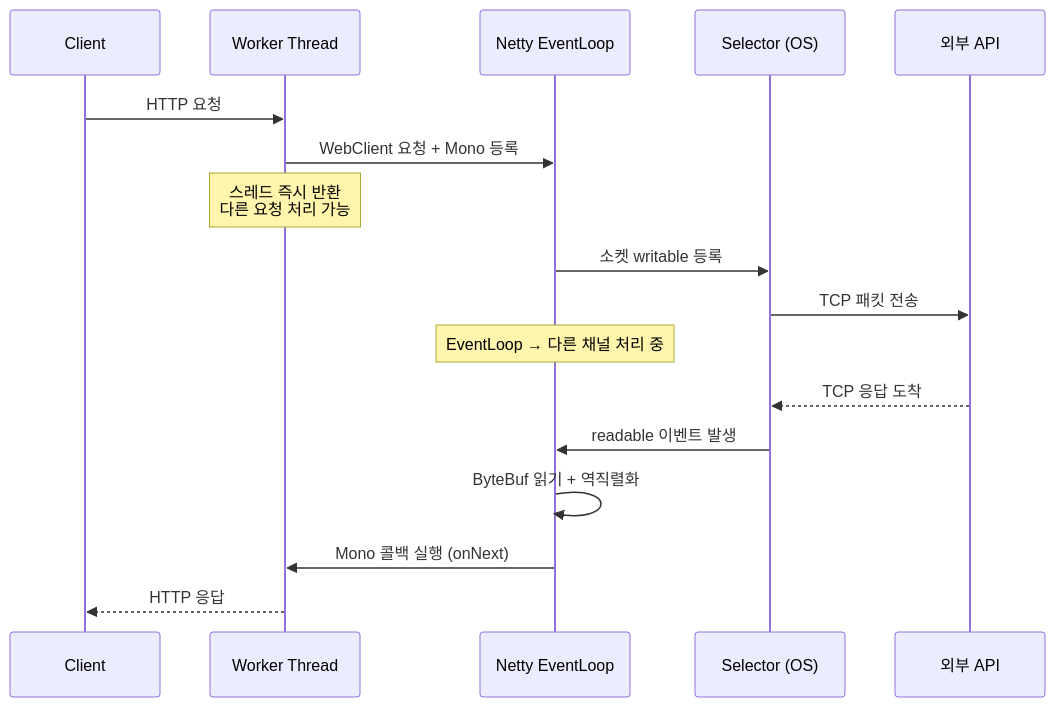
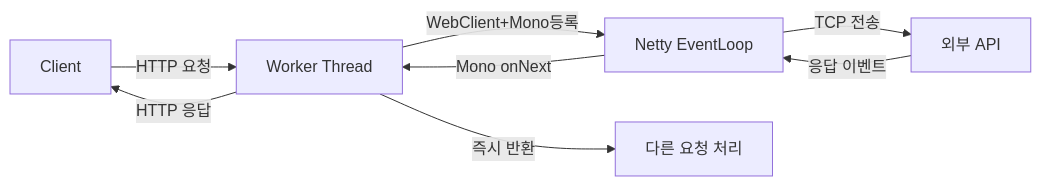
One commit to yjkim2015/yjkim2015.github.io changed the seventh of 10 diagrams in _posts/spring/2026-05-12-webclient-thread-model.md. Above: the diagram before and after it, drawn with Mermaid. The commit also changed other lines of this file and 84 other files, not shown here.

First line of the commit message:
85개 포스트 Mermaid 다이어그램 규칙 일괄 수정

````diff
--- a/_posts/spring/2026-05-12-webclient-thread-model.md
+++ b/_posts/spring/2026-05-12-webclient-thread-model.md
@@ -274,20 +229,10 @@
 ```mermaid
-sequenceDiagram
-    participant C as Client
-    participant WT as Worker Thread
-    participant EL as Netty EventLoop
-    participant SEL as Selector (OS)
-    participant EXT as 외부 API
-
-    C->>WT: HTTP 요청
-    WT->>EL: WebClient 요청 + Mono 등록
-    Note over WT: 스레드 즉시 반환<br/>다른 요청 처리 가능
-    EL->>SEL: 소켓 writable 등록
-    SEL->>EXT: TCP 패킷 전송
-    Note over EL: EventLoop → 다른 채널 처리 중
-    EXT-->>SEL: TCP 응답 도착
-    SEL->>EL: readable 이벤트 발생
-    EL->>EL: ByteBuf 읽기 + 역직렬화
-    EL->>WT: Mono 콜백 실행 (onNext)
-    WT-->>C: HTTP 응답
+graph LR
+    C["Client"] -->|"HTTP 요청"| WT["Worker Thread"]
+    WT -->|"WebClient+Mono등록"| EL["Netty EventLoop"]
+    WT -->|"즉시 반환"| OTHER["다른 요청 처리"]
+    EL -->|"TCP 전송"| EXT["외부 API"]
+    EXT -->|"응답 이벤트"| EL
+    EL -->|"Mono onNext"| WT
+    WT -->|"HTTP 응답"| C
 ```
````
